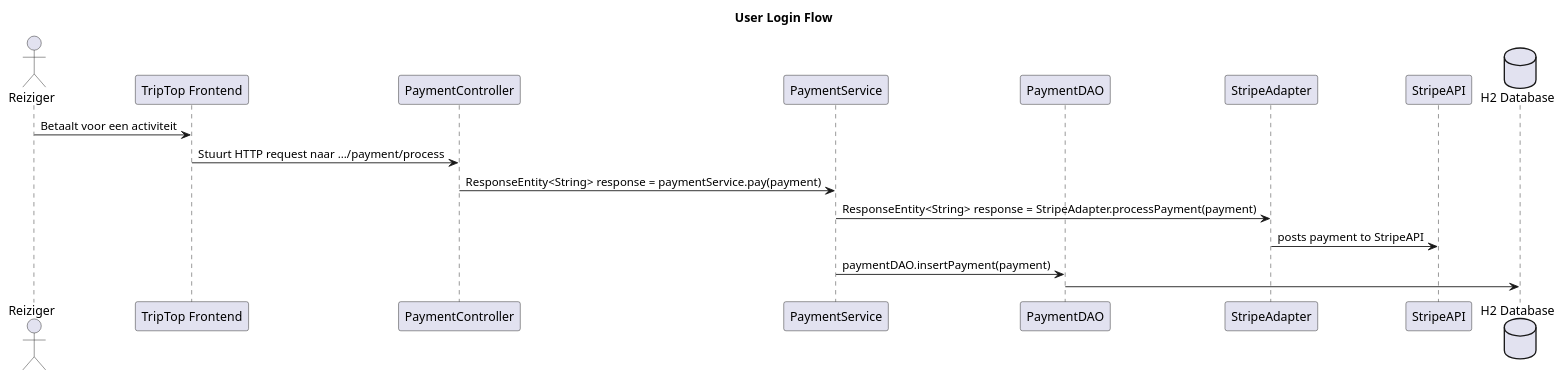
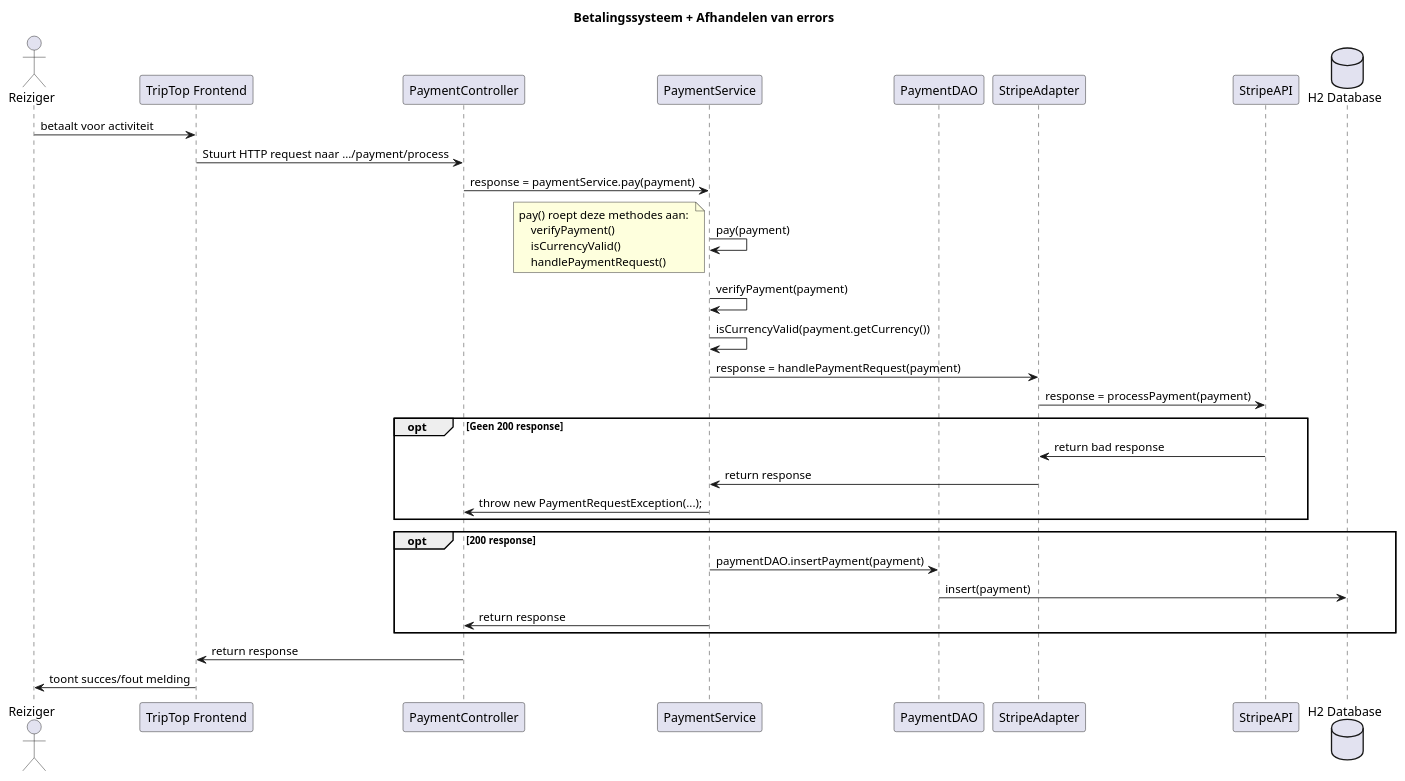
The diagram in gemaakte-werk-daniel/diagrammen/sequence-diagram-betalingssysteem-daniel.puml (AIM-ENE-feb25/triptop-groep-b6), drawn with PlantUML before and after one commit.

```diff
--- a/gemaakte-werk-daniel/diagrammen/sequence-diagram-betalingssysteem-daniel.puml
+++ b/gemaakte-werk-daniel/diagrammen/sequence-diagram-betalingssysteem-daniel.puml
@@ -1,25 +1,49 @@
 @startuml
-title User Login Flow
+title Betalingssysteem + Afhandelen van errors
 
 actor Reiziger
 participant "TripTop Frontend" as ttfe
 
 participant "PaymentController" as paymentcontroller
 participant "PaymentService" as paymentservice
 participant "PaymentDAO" as paymentdao
 participant "StripeAdapter" as stripeadapter
 participant "StripeAPI" as stripeapi
 
 database "H2 Database" as h2
 
 
-Reiziger -> ttfe : Betaalt voor een activiteit
+Reiziger -> ttfe : betaalt voor activiteit
 ttfe -> paymentcontroller : Stuurt HTTP request naar .../payment/process
-paymentcontroller -> paymentservice : ResponseEntity<String> response = paymentService.pay(payment)
-paymentservice -> stripeadapter : ResponseEntity<String> response = StripeAdapter.processPayment(payment)
-stripeadapter -> stripeapi : posts payment to StripeAPI
-paymentservice -> paymentdao : paymentDAO.insertPayment(payment)
-paymentdao -> h2 : 
+paymentcontroller -> paymentservice : response = paymentService.pay(payment)
+
+paymentservice -> paymentservice : pay(payment)
+note left
+    pay() roept deze methodes aan: 
+        verifyPayment()
+        isCurrencyValid()
+        handlePaymentRequest() 
+end note
+paymentservice -> paymentservice : verifyPayment(payment)
+paymentservice -> paymentservice : isCurrencyValid(payment.getCurrency())
+paymentservice -> stripeadapter : response = handlePaymentRequest(payment)
+
+stripeadapter -> stripeapi : response = processPayment(payment)
+
+opt Geen 200 response
+    stripeapi -> stripeadapter : return bad response
+    stripeadapter -> paymentservice : return response
+    paymentservice -> paymentcontroller : throw new PaymentRequestException(...);
+end
+
+opt 200 response
+    paymentservice -> paymentdao : paymentDAO.insertPayment(payment)
+    paymentdao -> h2 : insert(payment)
+    paymentservice -> paymentcontroller : return response
+end
+
+paymentcontroller -> ttfe : return response
+ttfe -> Reiziger : toont succes/fout melding
 
 
 @enduml
```
